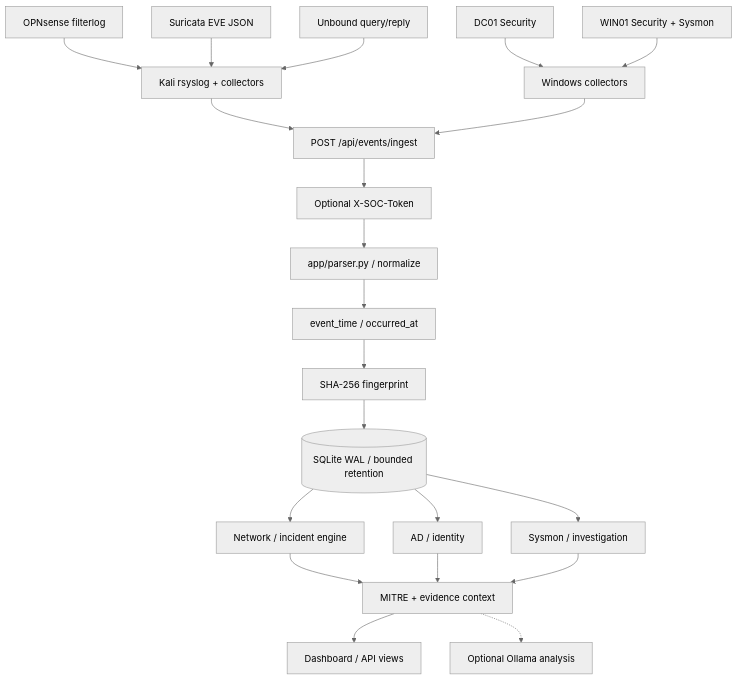
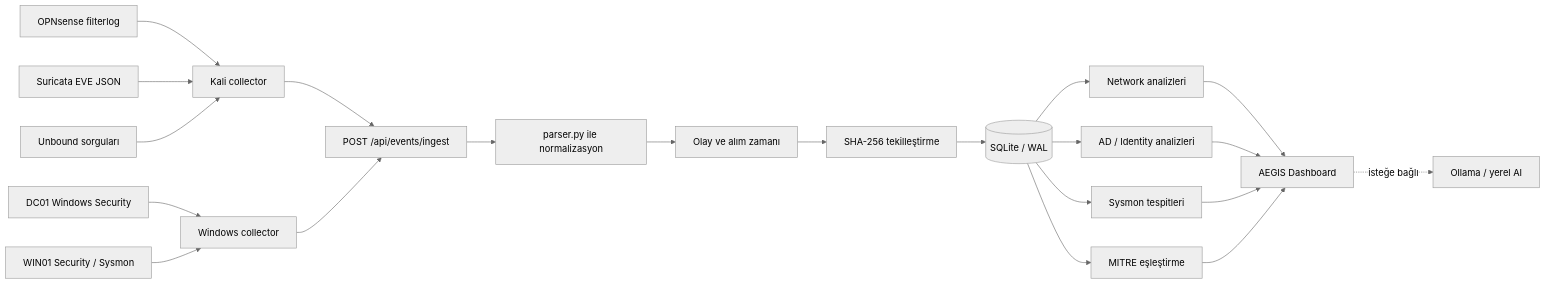
The first of 2 diagrams in docs/data-flow.md (mahirkau1/AEGIS-SOC), drawn with Mermaid (neutral theme) before and after one commit. The commit also changed other lines of this file and 10 other files, not shown here.

Commit message:
docs: AEGIS SOC belgelerini ve 39 gorseli Turkcelestir

````diff
--- a/docs/data-flow.md
+++ b/docs/data-flow.md
@@ -7,23 +20,23 @@
 ```mermaid
-flowchart TD
-  FW[OPNsense filterlog] --> KALI[Kali rsyslog + collectors]
-  SUR[Suricata EVE JSON] --> KALI
-  DNS[Unbound query/reply] --> KALI
-  AD[DC01 Security] --> WIN[Windows collectors]
-  EP[WIN01 Security + Sysmon] --> WIN
-  KALI --> API[POST /api/events/ingest]
-  WIN --> API
-  API --> AUTH[Optional X-SOC-Token]
-  AUTH --> NORMAL[app/parser.py / normalize]
-  NORMAL --> TIME[event_time / occurred_at]
-  TIME --> HASH[SHA-256 fingerprint]
-  HASH --> DB[(SQLite WAL / bounded retention)]
-  DB --> NET[Network / incident engine]
-  DB --> ADDET[AD / identity]
-  DB --> SYS[Sysmon / investigation]
-  NET --> MIT[MITRE + evidence context]
-  ADDET --> MIT
-  SYS --> MIT
-  MIT --> UI[Dashboard / API views]
-  MIT -.-> LLM[Optional Ollama analysis]
+flowchart LR
+    FW[OPNsense filterlog] --> KC[Kali collector]
+    IDS[Suricata EVE JSON] --> KC
+    DNS[Unbound sorguları] --> KC
+    AD[DC01 Windows Security] --> WC[Windows collector]
+    WIN[WIN01 Security / Sysmon] --> WC
+    KC --> API[POST /api/events/ingest]
+    WC --> API
+    API --> N[parser.py ile normalizasyon]
+    N --> TS[Olay ve alım zamanı]
+    TS --> FP[SHA-256 tekilleştirme]
+    FP --> DB[(SQLite / WAL)]
+    DB --> NET[Network analizleri]
+    DB --> ID[AD / Identity analizleri]
+    DB --> SYS[Sysmon tespitleri]
+    DB --> MIT[MITRE eşleştirme]
+    NET --> UI[AEGIS Dashboard]
+    ID --> UI
+    SYS --> UI
+    MIT --> UI
+    UI -. isteğe bağlı .-> LLM[Ollama / yerel AI]
 ```
````
